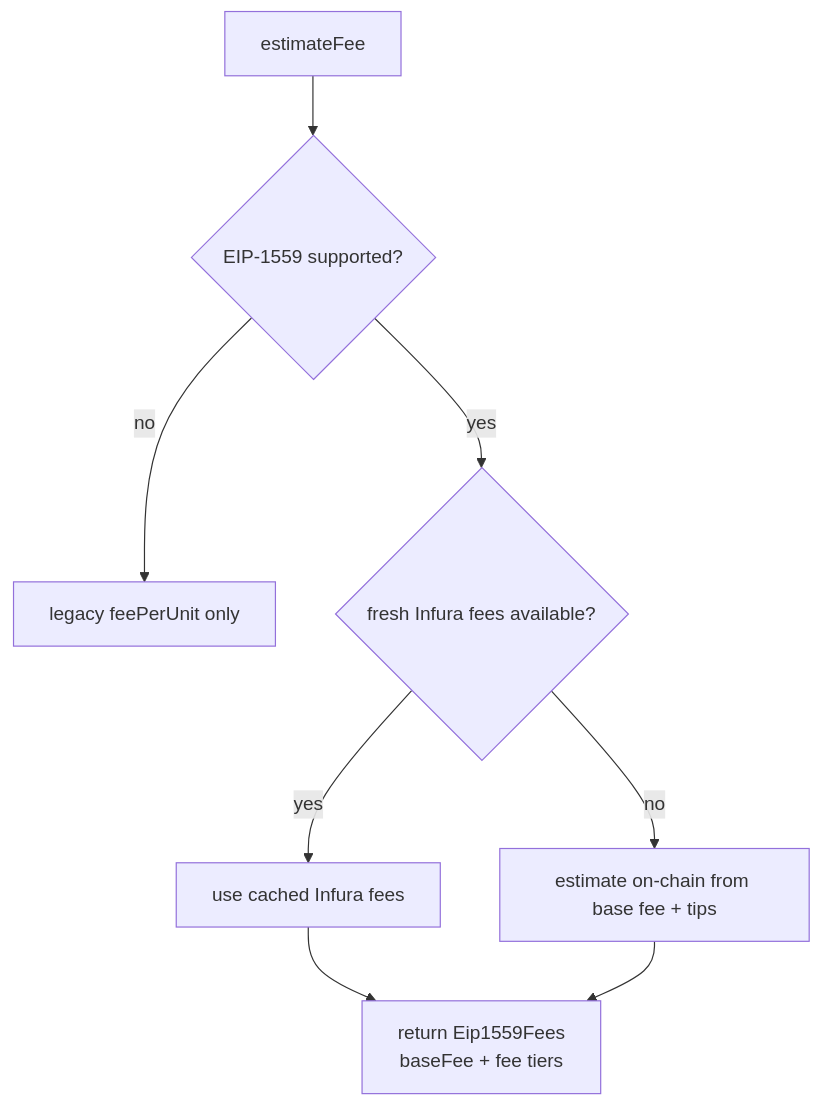
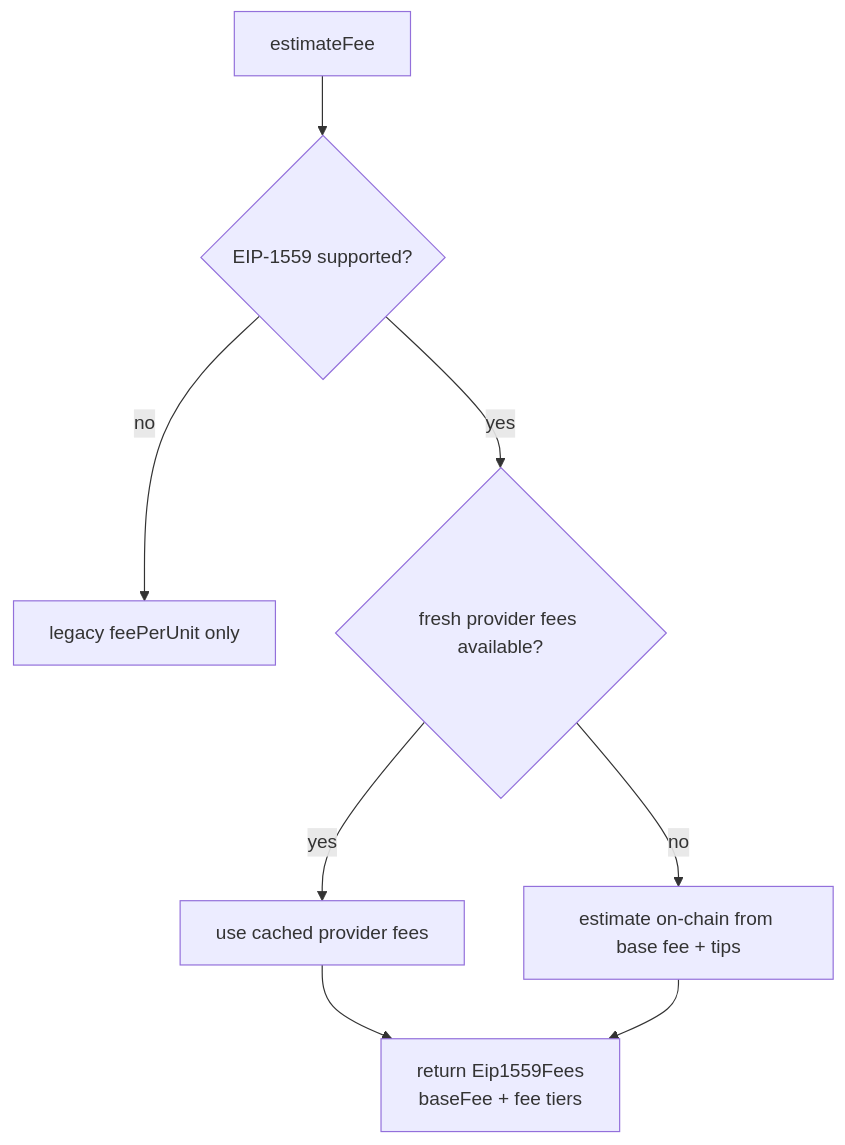
Before and after one commit to trezor/blockbook: the first of 4 diagrams in docs/fees.md, drawn with Mermaid. The commit also changed other lines of this file and 2 other files, not shown here.

First line of the commit message:
fix(grafana,docs): make fee panels and docs provider-agnostic for 1inch

````diff
--- a/docs/fees.md
+++ b/docs/fees.md
@@ -35,10 +35,10 @@
 ```mermaid
 flowchart TD
     A["estimateFee"] --> B{"EIP-1559 supported?"}
     B -->|no| Z["legacy feePerUnit only"]
-    B -->|yes| C{"fresh Infura fees available?"}
-    C -->|yes| D["use cached Infura fees"]
+    B -->|yes| C{"fresh provider fees available?"}
+    C -->|yes| D["use cached provider fees"]
     C -->|no| E["estimate on-chain from base fee + tips"]
     D --> R["return Eip1559Fees<br/>baseFee + fee tiers"]
     E --> R
 ```
````
